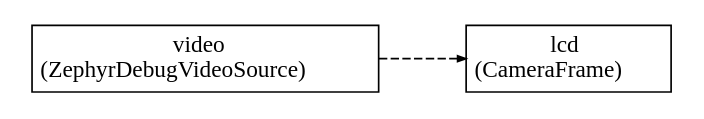
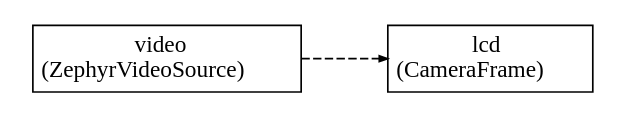
Before and after one commit to christophe0606/ZephyrAI: the diagram in src/stream/scheduler/graph.dot, drawn with Graphviz. The commit also changed 8 other files, not shown here.

Commit message:
Added video source node to try to enable Zephyr / Alif camera

```diff
--- a/src/stream/scheduler/graph.dot
+++ b/src/stream/scheduler/graph.dot
@@ -1,36 +1,36 @@
 
 
 
 
 
 
 digraph structs {
     bgcolor = "white"
     node [shape=plaintext,color="black",fontcolor="black",fontname="Times-Roman"]
     rankdir=LR
     edge [arrowsize="0.5",color="black",fontcolor="black",fontname="Times-Roman"]
 
 
 lcd [label=<
 <TABLE color="black" bgcolor="none" BORDER="0" CELLBORDER="1" CELLSPACING="0" CELLPADDING="4">
   <TR>
     <TD ALIGN="CENTER" PORT="i"><FONT COLOR="black" POINT-SIZE="14.0">lcd<BR/>(CameraFrame)</FONT></TD>
   </TR>
 </TABLE>>];
 
 video [label=<
 <TABLE color="black" bgcolor="none" BORDER="0" CELLBORDER="1" CELLSPACING="0" CELLPADDING="4">
   <TR>
-    <TD ALIGN="CENTER" PORT="i"><FONT COLOR="black" POINT-SIZE="14.0">video<BR/>(ZephyrDebugVideoSource)</FONT></TD>
+    <TD ALIGN="CENTER" PORT="i"><FONT COLOR="black" POINT-SIZE="14.0">video<BR/>(ZephyrVideoSource)</FONT></TD>
   </TR>
 </TABLE>>];
 
 
 
 
 
 video:i -> lcd:i [style="dashed",color="black",fontsize="12.0",fontcolor="black",label=<>
 
 ]
 
 }
```
